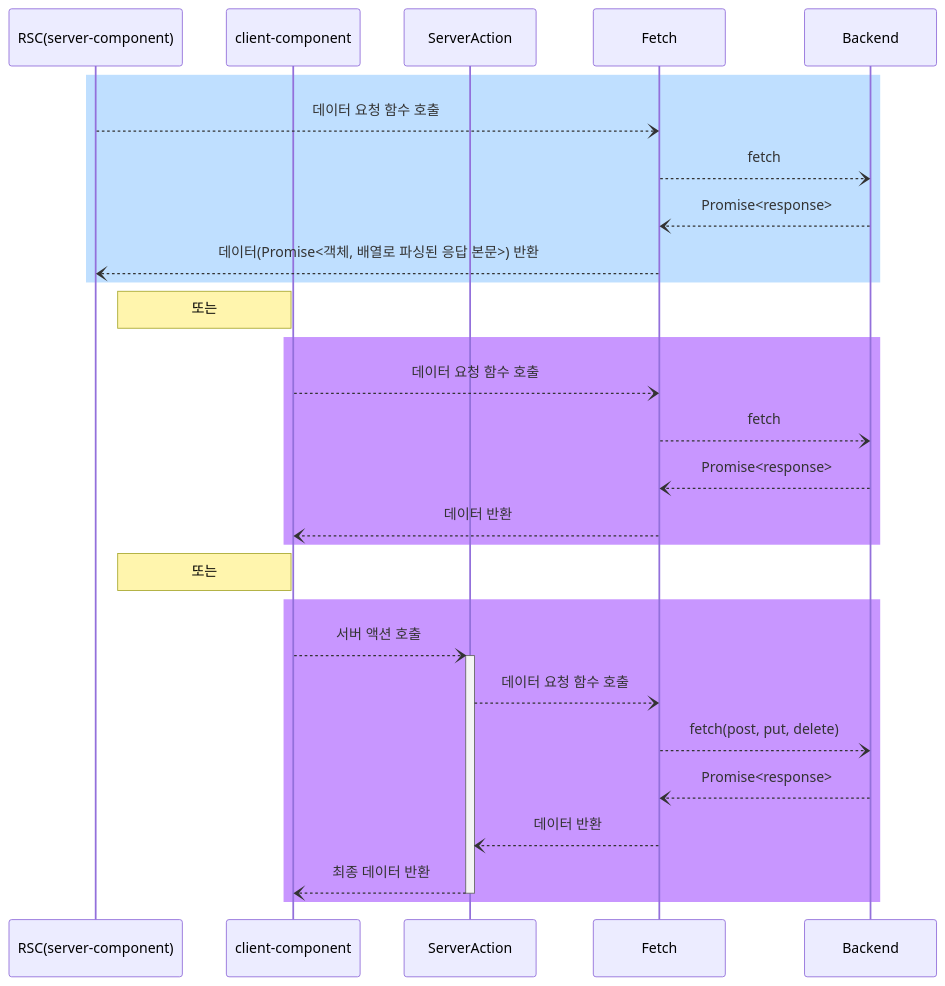
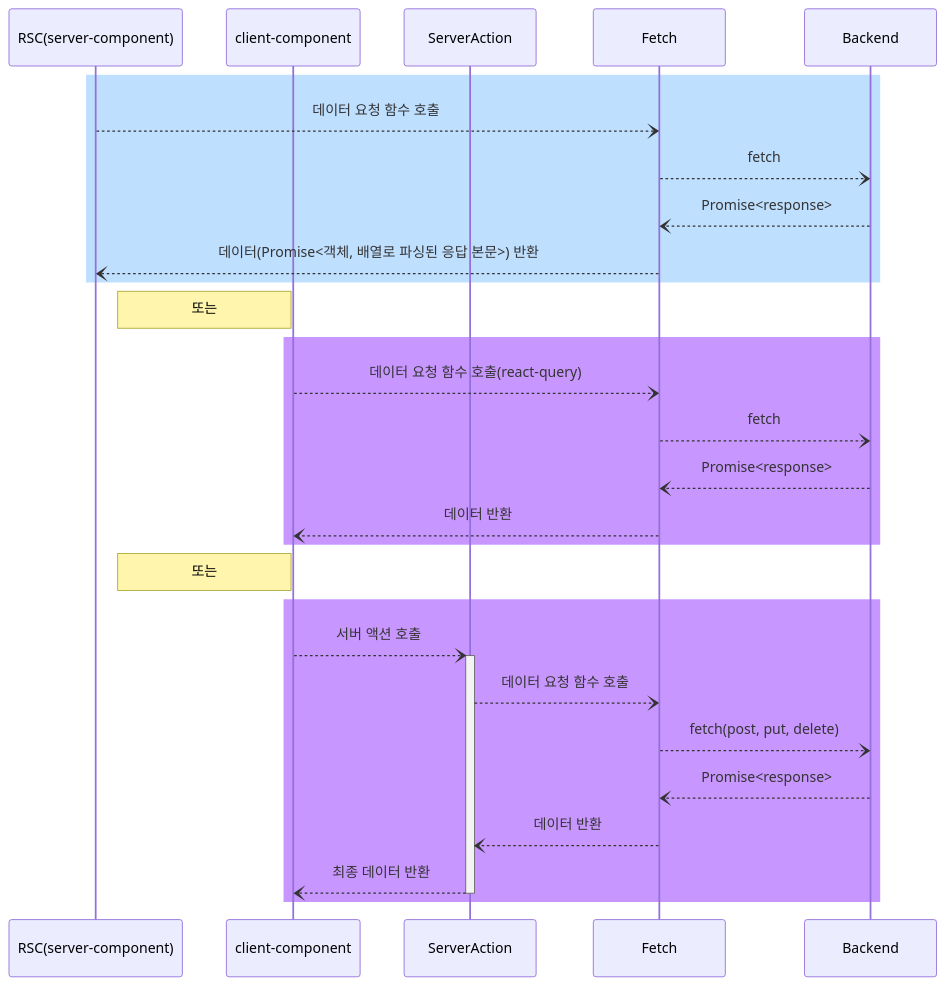
Before and after one commit to no-support/Greeny: the diagram in README.md, drawn with Mermaid. The commit also changed other lines of this file and 27 other files, not shown here.

````diff
--- a/README.md
+++ b/README.md
@@ -147,36 +147,36 @@
 ```mermaid
 sequenceDiagram
     participant RSC as RSC(server-component)
     participant Client as client-component
     participant ServerAction
     participant Fetch
     participant Backend
 
     rect rgb(191, 223, 255)
     RSC--)Fetch: 데이터 요청 함수 호출
     Fetch--)Backend: fetch
     Backend--)Fetch: Promise<response>
     Fetch--)RSC:데이터(Promise<객체, 배열로 파싱된 응답 본문>) 반환
     end
 
     Note right of RSC: 또는
 
     rect rgb(200, 150, 255)
-    Client--)Fetch: 데이터 요청 함수 호출
+    Client--)Fetch: 데이터 요청 함수 호출(react-query)
     Fetch--) Backend: fetch
     Backend--)Fetch: Promise<response>
     Fetch--)Client:데이터 반환
     end
 
     Note right of RSC: 또는
 
 
     rect rgb(200, 150, 255)
     Client--)+ServerAction: 서버 액션 호출
     ServerAction--)Fetch: 데이터 요청 함수 호출
     Fetch --)Backend: fetch(post, put, delete)
     Backend--)Fetch: Promise<response>
     Fetch--)ServerAction:데이터 반환
     ServerAction--)-Client:최종 데이터 반환
     end
 ```
````
